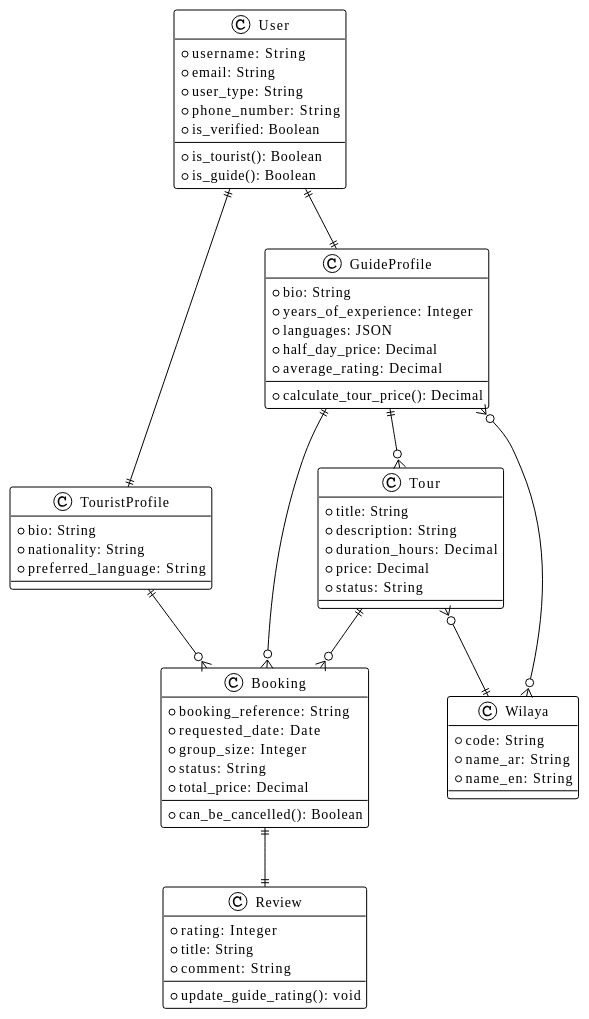
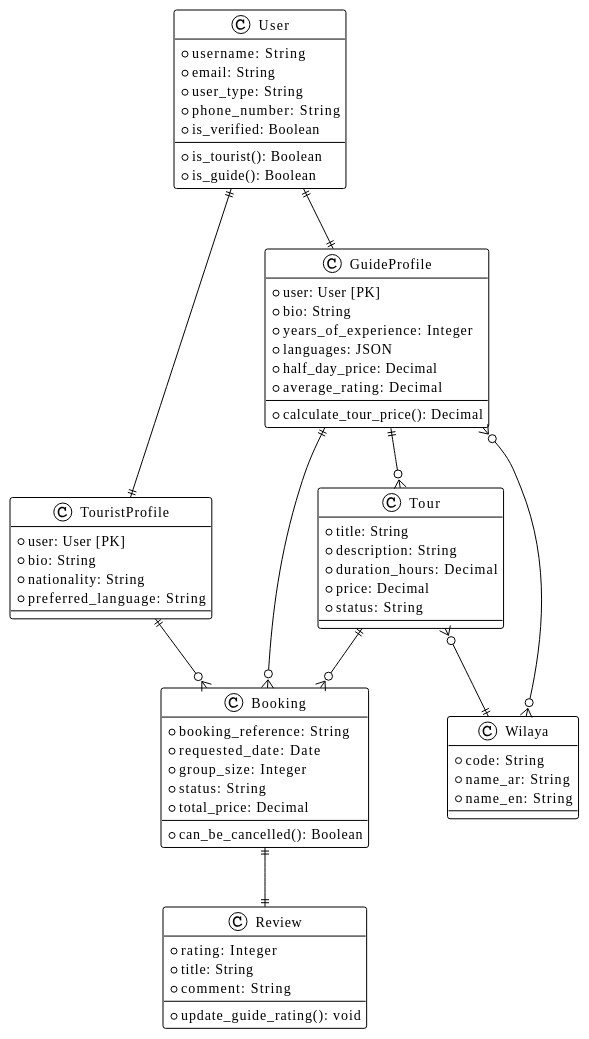
One commit to Malekio/OOPjava changed the first of 2 diagrams in CLASS_DIAGRAM_STRUCTURE.md. Above: the diagram before and after it, drawn with PlantUML. The commit also changed other lines of this file, not shown here.

Commit message:
update class diagram

````diff
--- a/CLASS_DIAGRAM_STRUCTURE.md
+++ b/CLASS_DIAGRAM_STRUCTURE.md
@@ -297,76 +299,78 @@
 ```plantuml
 @startuml DZ-TourGuide Class Diagram
 
 !theme plain
 
 class User {
   +username: String
   +email: String
   +user_type: String
   +phone_number: String
   +is_verified: Boolean
   --
   +is_tourist(): Boolean
   +is_guide(): Boolean
 }
 
 class TouristProfile {
+  +user: User [PK]
   +bio: String
   +nationality: String
   +preferred_language: String
 }
 
 class GuideProfile {
+  +user: User [PK]
   +bio: String
   +years_of_experience: Integer
   +languages: JSON
   +half_day_price: Decimal
   +average_rating: Decimal
   --
   +calculate_tour_price(): Decimal
 }
 
 class Wilaya {
   +code: String
   +name_ar: String
   +name_en: String
 }
 
 class Tour {
   +title: String
   +description: String
   +duration_hours: Decimal
   +price: Decimal
   +status: String
 }
 
 class Booking {
   +booking_reference: String
   +requested_date: Date
   +group_size: Integer
   +status: String
   +total_price: Decimal
   --
   +can_be_cancelled(): Boolean
 }
 
 class Review {
   +rating: Integer
   +title: String
   +comment: String
   --
   +update_guide_rating(): void
 }
 
 User ||--|| TouristProfile
 User ||--|| GuideProfile
 GuideProfile }o--o{ Wilaya
 GuideProfile ||--o{ Tour
 GuideProfile ||--o{ Booking
 TouristProfile ||--o{ Booking
 Tour ||--o{ Booking
 Booking ||--|| Review
 Tour }o--|| Wilaya
 
 @enduml
 ```
````
